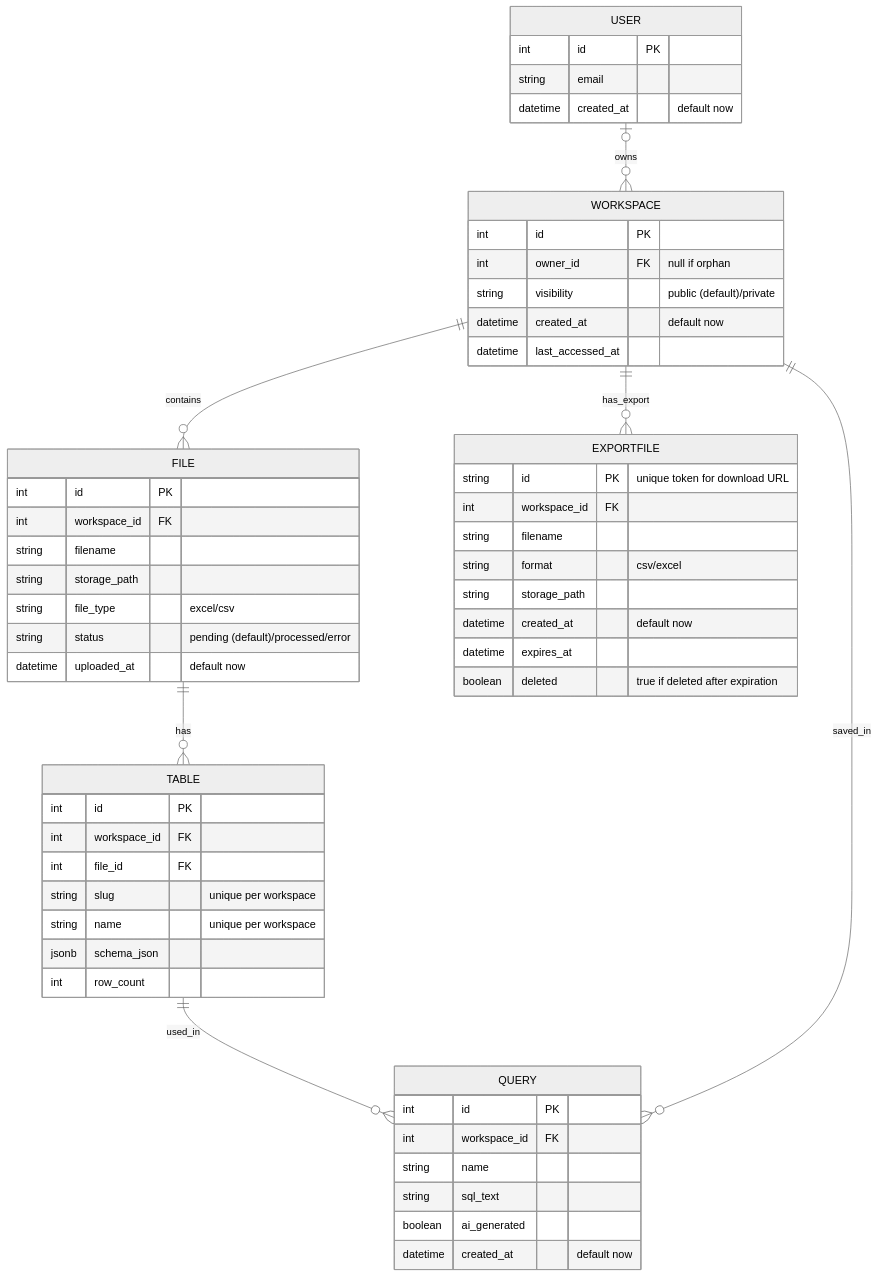
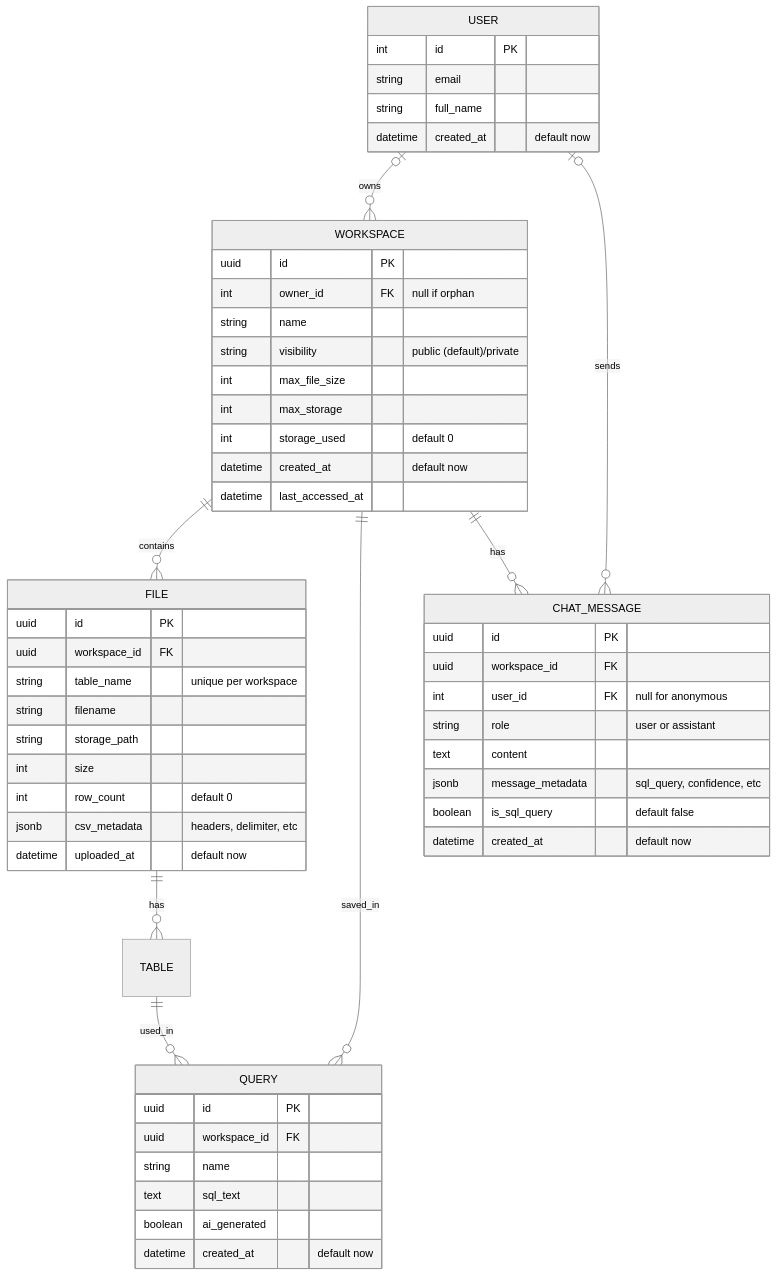
Before and after one commit to kasappeal/Deita: the diagram in docs/03-data-model-design.md, drawn with Mermaid (neutral theme). The commit also changed other lines of this file and 11 other files, not shown here.

````diff
--- a/docs/03-data-model-design.md
+++ b/docs/03-data-model-design.md
@@ -7,63 +9,61 @@
 ```mermaid
 erDiagram
     USER |o--o{ WORKSPACE : owns
     WORKSPACE ||--o{ FILE : contains
     FILE ||--o{ TABLE : has
     TABLE ||--o{ QUERY : used_in
     WORKSPACE ||--o{ QUERY : saved_in
-    WORKSPACE ||--o{ EXPORTFILE : has_export
+    WORKSPACE ||--o{ CHAT_MESSAGE : has
+    USER |o--o{ CHAT_MESSAGE : sends
 
     USER {
         int id PK
         string email
+        string full_name
         datetime created_at "default now"
     }
 
     WORKSPACE {
-        int id PK
+        uuid id PK
         int owner_id FK "null if orphan"
+        string name
         string visibility "public (default)/private"
+        int max_file_size
+        int max_storage
+        int storage_used "default 0"
         datetime created_at "default now"
         datetime last_accessed_at
     }
 
     FILE {
-        int id PK
-        int workspace_id FK
+        uuid id PK
+        uuid workspace_id FK
+        string table_name "unique per workspace"
         string filename
         string storage_path
-        string file_type "excel/csv"
-        string status "pending (default)/processed/error"
+        int size
+        int row_count "default 0"
+        jsonb csv_metadata "headers, delimiter, etc"
         datetime uploaded_at "default now"
     }
 
-    TABLE {
-        int id PK
-        int workspace_id FK
-        int file_id FK
-        string slug "unique per workspace"
-        string name "unique per workspace"
-        jsonb schema_json
-        int row_count
-    }
-
     QUERY {
-        int id PK
-        int workspace_id FK
+        uuid id PK
+        uuid workspace_id FK
         string name
-        string sql_text
+        text sql_text
         boolean ai_generated
         datetime created_at "default now"
     }
 
-    EXPORTFILE {
-        string id PK "unique token for download URL"
-        int workspace_id FK
-        string filename
-        string format "csv/excel"
-        string storage_path
+    CHAT_MESSAGE {
+        uuid id PK
+        uuid workspace_id FK
+        int user_id FK "null for anonymous"
+        string role "user or assistant"
+        text content
+        jsonb message_metadata "sql_query, confidence, etc"
+        boolean is_sql_query "default false"
         datetime created_at "default now"
-        datetime expires_at
-        boolean deleted "true if deleted after expiration"
     }
 ```
````
